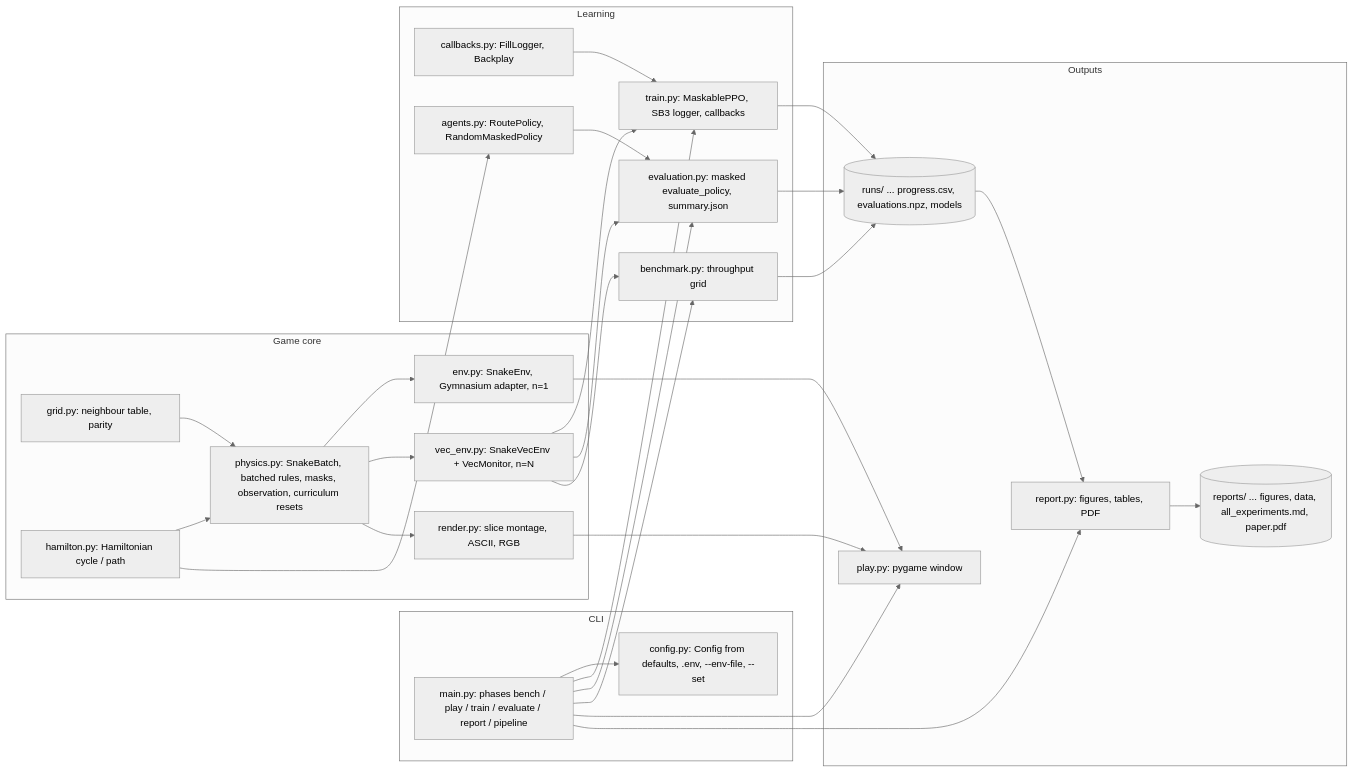
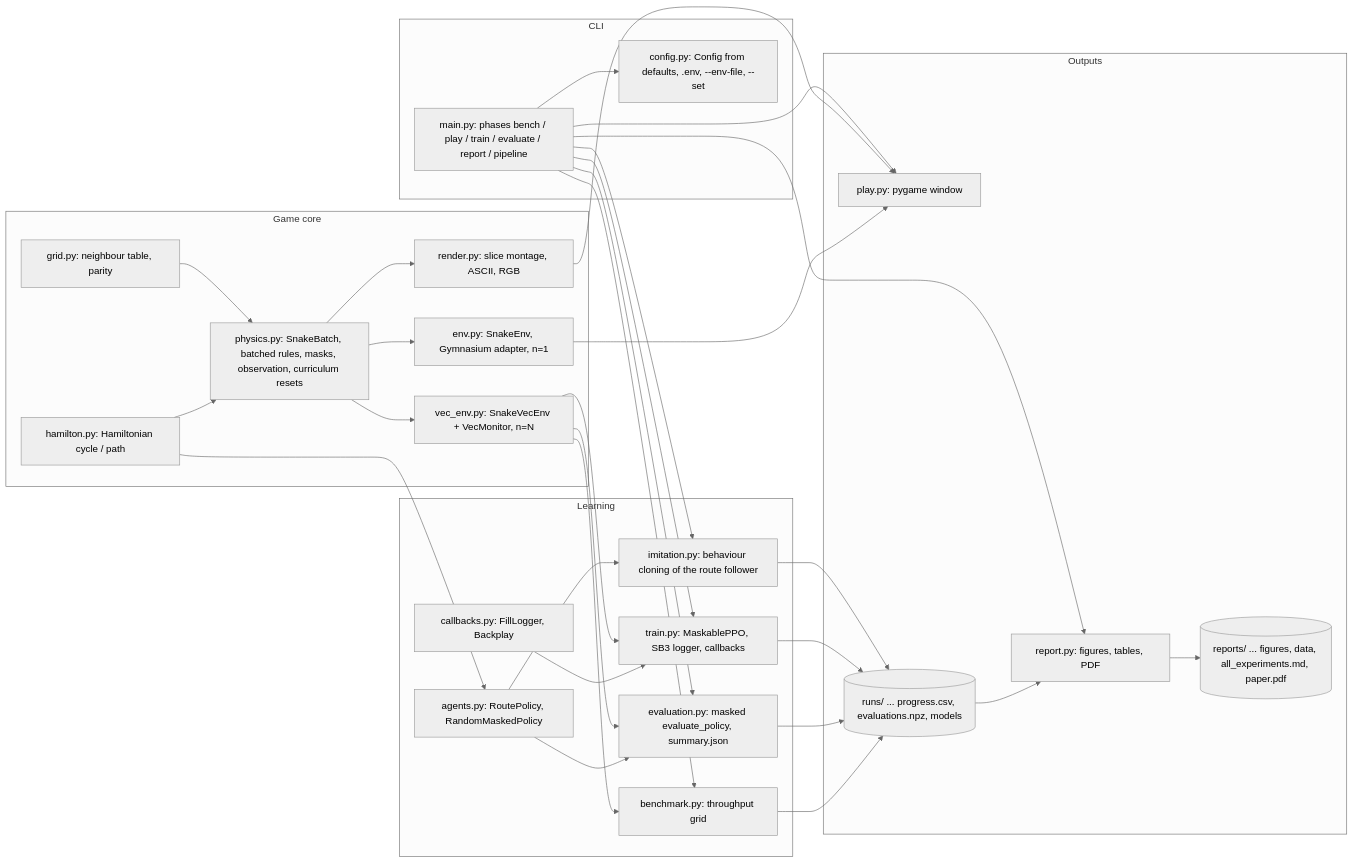
One commit to BurnyCoder/4d-snake-rl changed the diagram in README.md. Above: the diagram before and after it, drawn with Mermaid (neutral theme). The commit also changed other lines of this file and 8 other files, not shown here.

First line of the commit message:
feat: imitation warm start phase (behaviour cloning of the route follower)

````diff
--- a/README.md
+++ b/README.md
@@ -87,43 +89,45 @@
 ```mermaid
 flowchart LR
     subgraph cli [CLI]
         main[main.py: phases bench / play / train / evaluate / report / pipeline]
         config[config.py: Config from defaults, .env, --env-file, --set]
     end
     subgraph core [Game core]
         grid[grid.py: neighbour table, parity]
         hamilton[hamilton.py: Hamiltonian cycle / path]
         physics[physics.py: SnakeBatch, batched rules, masks, observation, curriculum resets]
         env[env.py: SnakeEnv, Gymnasium adapter, n=1]
         vec[vec_env.py: SnakeVecEnv + VecMonitor, n=N]
         render[render.py: slice montage, ASCII, RGB]
     end
     subgraph rl [Learning]
         train[train.py: MaskablePPO, SB3 logger, callbacks]
+        imitation[imitation.py: behaviour cloning of the route follower]
         callbacks[callbacks.py: FillLogger, Backplay]
         agents[agents.py: RoutePolicy, RandomMaskedPolicy]
         evaluation[evaluation.py: masked evaluate_policy, summary.json]
         bench[benchmark.py: throughput grid]
     end
     subgraph out [Outputs]
         play[play.py: pygame window]
         report[report.py: figures, tables, PDF]
         runs[(runs/ ... progress.csv, evaluations.npz, models)]
         reports[(reports/ ... figures, data, all_experiments.md, paper.pdf)]
     end
     main --> config
-    main --> train & evaluation & bench & play & report
+    main --> train & evaluation & bench & play & report & imitation
+    agents --> imitation --> runs
     grid --> physics
     hamilton --> physics
     physics --> env & vec
     physics --> render --> play
     env --> play
     vec --> train & evaluation & bench
     callbacks --> train
     agents --> evaluation
     hamilton --> agents
     train --> runs
     evaluation --> runs
     bench --> runs
     runs --> report --> reports
 ```
````
